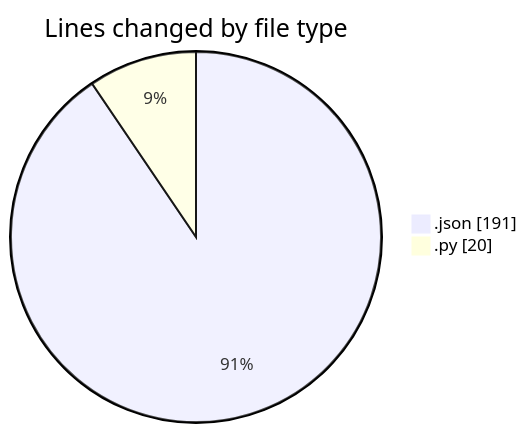
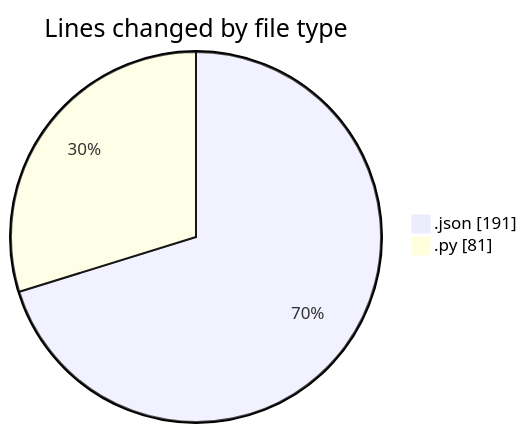
The first of 2 diagrams in 2026-01-02/dsa/README.md (Ritupan-Deka/code-tracking), drawn with Mermaid before and after one commit. The commit also changed other lines of this file and 1 other file, not shown here.

````diff
--- a/2026-01-02/dsa/README.md
+++ b/2026-01-02/dsa/README.md
@@ -21,6 +21,6 @@
 ```mermaid
 pie showData
 title Lines changed by file type
 ".json" : 191
-".py" : 20
+".py" : 81
 ```
````
